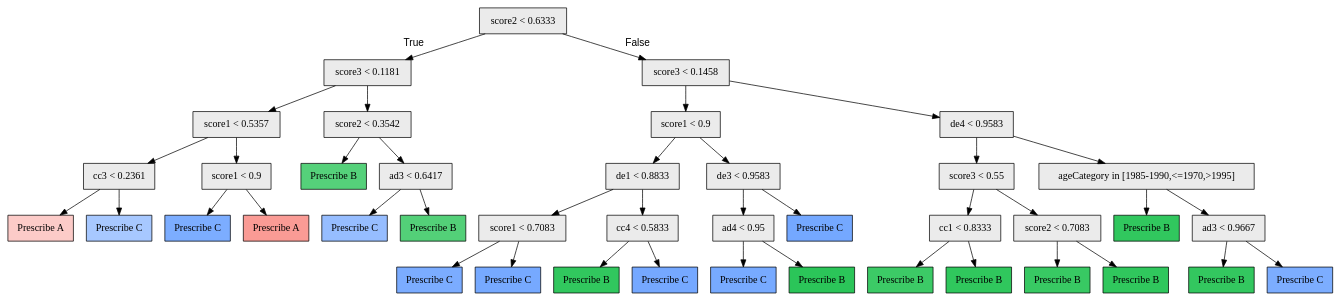
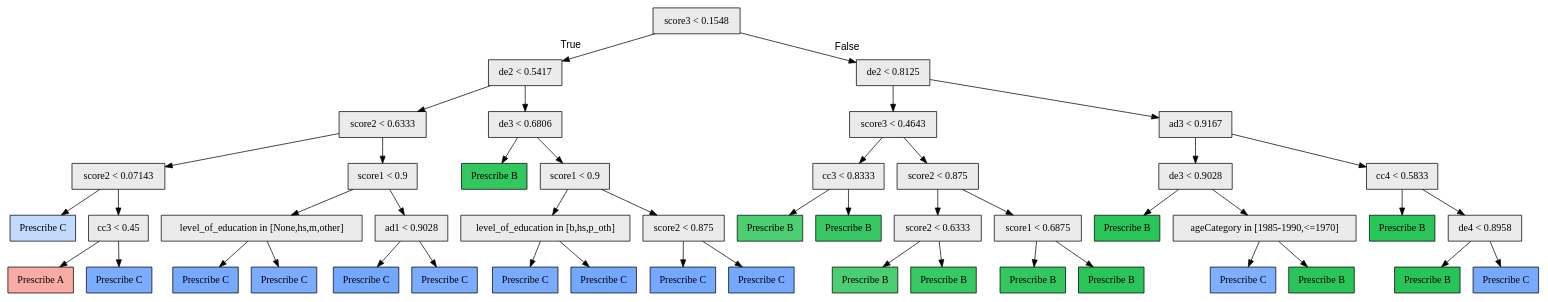
The diagram in python/model/2/rts/pytree.dot (galitLukin/PersonalizedLearning), drawn with Graphviz before and after one commit. The commit also changed 15 other files, not shown here.

```diff
--- a/python/model/2/rts/pytree.dot
+++ b/python/model/2/rts/pytree.dot
@@ -1,83 +1,95 @@
 digraph "G" {
-1 [fillcolor="#EBEBEB", fontname="bold arial", label="score2 &lt; 0.6333", shape=box, style="filled"];
-2 [fillcolor="#EBEBEB", fontname="bold arial", label="score3 &lt; 0.1181", shape=box, style="filled"];
-3 [fillcolor="#EBEBEB", fontname="bold arial", label="score1 &lt; 0.5357", shape=box, style="filled"];
-4 [fillcolor="#EBEBEB", fontname="bold arial", label="cc3 &lt; 0.2361", shape=box, style="filled"];
-5 [color=black, fillcolor="#F8766D60", fontname="bold arial", label="Prescribe A", shape=box, style="filled"];
-6 [color=black, fillcolor="#619CFF8e", fontname="bold arial", label="Prescribe C", shape=box, style="filled"];
-7 [fillcolor="#EBEBEB", fontname="bold arial", label="score1 &lt; 0.9", shape=box, style="filled"];
-8 [color=black, fillcolor="#619CFFd3", fontname="bold arial", label="Prescribe C", shape=box, style="filled"];
-9 [color=black, fillcolor="#F8766Db9", fontname="bold arial", label="Prescribe A", shape=box, style="filled"];
-10 [fillcolor="#EBEBEB", fontname="bold arial", label="score2 &lt; 0.3542", shape=box, style="filled"];
-11 [color=black, fillcolor="#00BA38aa", fontname="bold arial", label="Prescribe B", shape=box, style="filled"];
-12 [fillcolor="#EBEBEB", fontname="bold arial", label="ad3 &lt; 0.6417", shape=box, style="filled"];
-13 [color=black, fillcolor="#619CFFa9", fontname="bold arial", label="Prescribe C", shape=box, style="filled"];
-14 [color=black, fillcolor="#00BA38ac", fontname="bold arial", label="Prescribe B", shape=box, style="filled"];
-15 [fillcolor="#EBEBEB", fontname="bold arial", label="score3 &lt; 0.1458", shape=box, style="filled"];
-16 [fillcolor="#EBEBEB", fontname="bold arial", label="score1 &lt; 0.9", shape=box, style="filled"];
-17 [fillcolor="#EBEBEB", fontname="bold arial", label="de1 &lt; 0.8833", shape=box, style="filled"];
-18 [fillcolor="#EBEBEB", fontname="bold arial", label="score1 &lt; 0.7083", shape=box, style="filled"];
-19 [color=black, fillcolor="#619CFFd5", fontname="bold arial", label="Prescribe C", shape=box, style="filled"];
-20 [color=black, fillcolor="#619CFFdc", fontname="bold arial", label="Prescribe C", shape=box, style="filled"];
-21 [fillcolor="#EBEBEB", fontname="bold arial", label="cc4 &lt; 0.5833", shape=box, style="filled"];
-22 [color=black, fillcolor="#00BA38ce", fontname="bold arial", label="Prescribe B", shape=box, style="filled"];
+1 [fillcolor="#EBEBEB", fontname="bold arial", label="score3 &lt; 0.1548", shape=box, style="filled"];
+2 [fillcolor="#EBEBEB", fontname="bold arial", label="de2 &lt; 0.5417", shape=box, style="filled"];
+3 [fillcolor="#EBEBEB", fontname="bold arial", label="score2 &lt; 0.6333", shape=box, style="filled"];
+4 [fillcolor="#EBEBEB", fontname="bold arial", label="score2 &lt; 0.07143", shape=box, style="filled"];
+5 [color=black, fillcolor="#619CFF60", fontname="bold arial", label="Prescribe C", shape=box, style="filled"];
+6 [fillcolor="#EBEBEB", fontname="bold arial", label="cc3 &lt; 0.45", shape=box, style="filled"];
+7 [color=black, fillcolor="#F8766D9c", fontname="bold arial", label="Prescribe A", shape=box, style="filled"];
+8 [color=black, fillcolor="#619CFFd5", fontname="bold arial", label="Prescribe C", shape=box, style="filled"];
+9 [fillcolor="#EBEBEB", fontname="bold arial", label="score1 &lt; 0.9", shape=box, style="filled"];
+10 [fillcolor="#EBEBEB", fontname="bold arial", label="level_of_education in [None,hs,m,other]", shape=box, style="filled"];
+11 [color=black, fillcolor="#619CFFdc", fontname="bold arial", label="Prescribe C", shape=box, style="filled"];
+12 [color=black, fillcolor="#619CFFd5", fontname="bold arial", label="Prescribe C", shape=box, style="filled"];
+13 [fillcolor="#EBEBEB", fontname="bold arial", label="ad1 &lt; 0.9028", shape=box, style="filled"];
+14 [color=black, fillcolor="#619CFFdf", fontname="bold arial", label="Prescribe C", shape=box, style="filled"];
+15 [color=black, fillcolor="#619CFFd4", fontname="bold arial", label="Prescribe C", shape=box, style="filled"];
+16 [fillcolor="#EBEBEB", fontname="bold arial", label="de3 &lt; 0.6806", shape=box, style="filled"];
+17 [color=black, fillcolor="#00BA38cd", fontname="bold arial", label="Prescribe B", shape=box, style="filled"];
+18 [fillcolor="#EBEBEB", fontname="bold arial", label="score1 &lt; 0.9", shape=box, style="filled"];
+19 [fillcolor="#EBEBEB", fontname="bold arial", label="level_of_education in [b,hs,p_oth]", shape=box, style="filled"];
+20 [color=black, fillcolor="#619CFFd7", fontname="bold arial", label="Prescribe C", shape=box, style="filled"];
+21 [color=black, fillcolor="#619CFFdf", fontname="bold arial", label="Prescribe C", shape=box, style="filled"];
+22 [fillcolor="#EBEBEB", fontname="bold arial", label="score2 &lt; 0.875", shape=box, style="filled"];
 23 [color=black, fillcolor="#619CFFde", fontname="bold arial", label="Prescribe C", shape=box, style="filled"];
-24 [fillcolor="#EBEBEB", fontname="bold arial", label="de3 &lt; 0.9583", shape=box, style="filled"];
-25 [fillcolor="#EBEBEB", fontname="bold arial", label="ad4 &lt; 0.95", shape=box, style="filled"];
-26 [color=black, fillcolor="#619CFFdb", fontname="bold arial", label="Prescribe C", shape=box, style="filled"];
-27 [color=black, fillcolor="#00BA38d4", fontname="bold arial", label="Prescribe B", shape=box, style="filled"];
-28 [color=black, fillcolor="#619CFFdf", fontname="bold arial", label="Prescribe C", shape=box, style="filled"];
-29 [fillcolor="#EBEBEB", fontname="bold arial", label="de4 &lt; 0.9583", shape=box, style="filled"];
-30 [fillcolor="#EBEBEB", fontname="bold arial", label="score3 &lt; 0.55", shape=box, style="filled"];
-31 [fillcolor="#EBEBEB", fontname="bold arial", label="cc1 &lt; 0.8333", shape=box, style="filled"];
-32 [color=black, fillcolor="#00BA38c3", fontname="bold arial", label="Prescribe B", shape=box, style="filled"];
-33 [color=black, fillcolor="#00BA38cf", fontname="bold arial", label="Prescribe B", shape=box, style="filled"];
-34 [fillcolor="#EBEBEB", fontname="bold arial", label="score2 &lt; 0.7083", shape=box, style="filled"];
-35 [color=black, fillcolor="#00BA38c7", fontname="bold arial", label="Prescribe B", shape=box, style="filled"];
-36 [color=black, fillcolor="#00BA38cf", fontname="bold arial", label="Prescribe B", shape=box, style="filled"];
-37 [fillcolor="#EBEBEB", fontname="bold arial", label="ageCategory in [1985-1990,&lt;=1970,&gt;1995]", shape=box, style="filled"];
-38 [color=black, fillcolor="#00BA38ce", fontname="bold arial", label="Prescribe B", shape=box, style="filled"];
-39 [fillcolor="#EBEBEB", fontname="bold arial", label="ad3 &lt; 0.9667", shape=box, style="filled"];
-40 [color=black, fillcolor="#00BA38cc", fontname="bold arial", label="Prescribe B", shape=box, style="filled"];
-41 [color=black, fillcolor="#619CFFd2", fontname="bold arial", label="Prescribe C", shape=box, style="filled"];
+24 [color=black, fillcolor="#619CFFde", fontname="bold arial", label="Prescribe C", shape=box, style="filled"];
+25 [fillcolor="#EBEBEB", fontname="bold arial", label="de2 &lt; 0.8125", shape=box, style="filled"];
+26 [fillcolor="#EBEBEB", fontname="bold arial", label="score3 &lt; 0.4643", shape=box, style="filled"];
+27 [fillcolor="#EBEBEB", fontname="bold arial", label="cc3 &lt; 0.8333", shape=box, style="filled"];
+28 [color=black, fillcolor="#00BA38b3", fontname="bold arial", label="Prescribe B", shape=box, style="filled"];
+29 [color=black, fillcolor="#00BA38c9", fontname="bold arial", label="Prescribe B", shape=box, style="filled"];
+30 [fillcolor="#EBEBEB", fontname="bold arial", label="score2 &lt; 0.875", shape=box, style="filled"];
+31 [fillcolor="#EBEBEB", fontname="bold arial", label="score2 &lt; 0.6333", shape=box, style="filled"];
+32 [color=black, fillcolor="#00BA38b5", fontname="bold arial", label="Prescribe B", shape=box, style="filled"];
+33 [color=black, fillcolor="#00BA38c8", fontname="bold arial", label="Prescribe B", shape=box, style="filled"];
+34 [fillcolor="#EBEBEB", fontname="bold arial", label="score1 &lt; 0.6875", shape=box, style="filled"];
+35 [color=black, fillcolor="#00BA38cc", fontname="bold arial", label="Prescribe B", shape=box, style="filled"];
+36 [color=black, fillcolor="#00BA38d5", fontname="bold arial", label="Prescribe B", shape=box, style="filled"];
+37 [fillcolor="#EBEBEB", fontname="bold arial", label="ad3 &lt; 0.9167", shape=box, style="filled"];
+38 [fillcolor="#EBEBEB", fontname="bold arial", label="de3 &lt; 0.9028", shape=box, style="filled"];
+39 [color=black, fillcolor="#00BA38d6", fontname="bold arial", label="Prescribe B", shape=box, style="filled"];
+40 [fillcolor="#EBEBEB", fontname="bold arial", label="ageCategory in [1985-1990,&lt;=1970]", shape=box, style="filled"];
+41 [color=black, fillcolor="#619CFFcc", fontname="bold arial", label="Prescribe C", shape=box, style="filled"];
+42 [color=black, fillcolor="#00BA38d5", fontname="bold arial", label="Prescribe B", shape=box, style="filled"];
+43 [fillcolor="#EBEBEB", fontname="bold arial", label="cc4 &lt; 0.5833", shape=box, style="filled"];
+44 [color=black, fillcolor="#00BA38d6", fontname="bold arial", label="Prescribe B", shape=box, style="filled"];
+45 [fillcolor="#EBEBEB", fontname="bold arial", label="de4 &lt; 0.8958", shape=box, style="filled"];
+46 [color=black, fillcolor="#00BA38d7", fontname="bold arial", label="Prescribe B", shape=box, style="filled"];
+47 [color=black, fillcolor="#619CFFdb", fontname="bold arial", label="Prescribe C", shape=box, style="filled"];
 1 -> 2  [fontname="arial", headlabel="True", key=0, labelangle=45, labeldistance="2.5"];
-1 -> 15  [fontname="arial", headlabel="False", key=0, labelangle="-45", labeldistance="2.5"];
+1 -> 25  [fontname="arial", headlabel="False", key=0, labelangle="-45", labeldistance="2.5"];
 2 -> 3  [key=0];
-2 -> 10  [key=0];
+2 -> 16  [key=0];
 3 -> 4  [key=0];
-3 -> 7  [key=0];
+3 -> 9  [key=0];
 4 -> 5  [key=0];
 4 -> 6  [key=0];
-7 -> 8  [key=0];
-7 -> 9  [key=0];
+6 -> 7  [key=0];
+6 -> 8  [key=0];
+9 -> 10  [key=0];
+9 -> 13  [key=0];
 10 -> 11  [key=0];
 10 -> 12  [key=0];
-12 -> 13  [key=0];
-12 -> 14  [key=0];
-15 -> 16  [key=0];
-15 -> 29  [key=0];
+13 -> 14  [key=0];
+13 -> 15  [key=0];
 16 -> 17  [key=0];
-16 -> 24  [key=0];
-17 -> 18  [key=0];
-17 -> 21  [key=0];
+16 -> 18  [key=0];
 18 -> 19  [key=0];
-18 -> 20  [key=0];
-21 -> 22  [key=0];
-21 -> 23  [key=0];
-24 -> 25  [key=0];
-24 -> 28  [key=0];
+18 -> 22  [key=0];
+19 -> 20  [key=0];
+19 -> 21  [key=0];
+22 -> 23  [key=0];
+22 -> 24  [key=0];
 25 -> 26  [key=0];
-25 -> 27  [key=0];
-29 -> 30  [key=0];
-29 -> 37  [key=0];
+25 -> 37  [key=0];
+26 -> 27  [key=0];
+26 -> 30  [key=0];
+27 -> 28  [key=0];
+27 -> 29  [key=0];
 30 -> 31  [key=0];
 30 -> 34  [key=0];
 31 -> 32  [key=0];
 31 -> 33  [key=0];
 34 -> 35  [key=0];
 34 -> 36  [key=0];
 37 -> 38  [key=0];
-37 -> 39  [key=0];
-39 -> 40  [key=0];
-39 -> 41  [key=0];
+37 -> 43  [key=0];
+38 -> 39  [key=0];
+38 -> 40  [key=0];
+40 -> 41  [key=0];
+40 -> 42  [key=0];
+43 -> 44  [key=0];
+43 -> 45  [key=0];
+45 -> 46  [key=0];
+45 -> 47  [key=0];
 }
```
